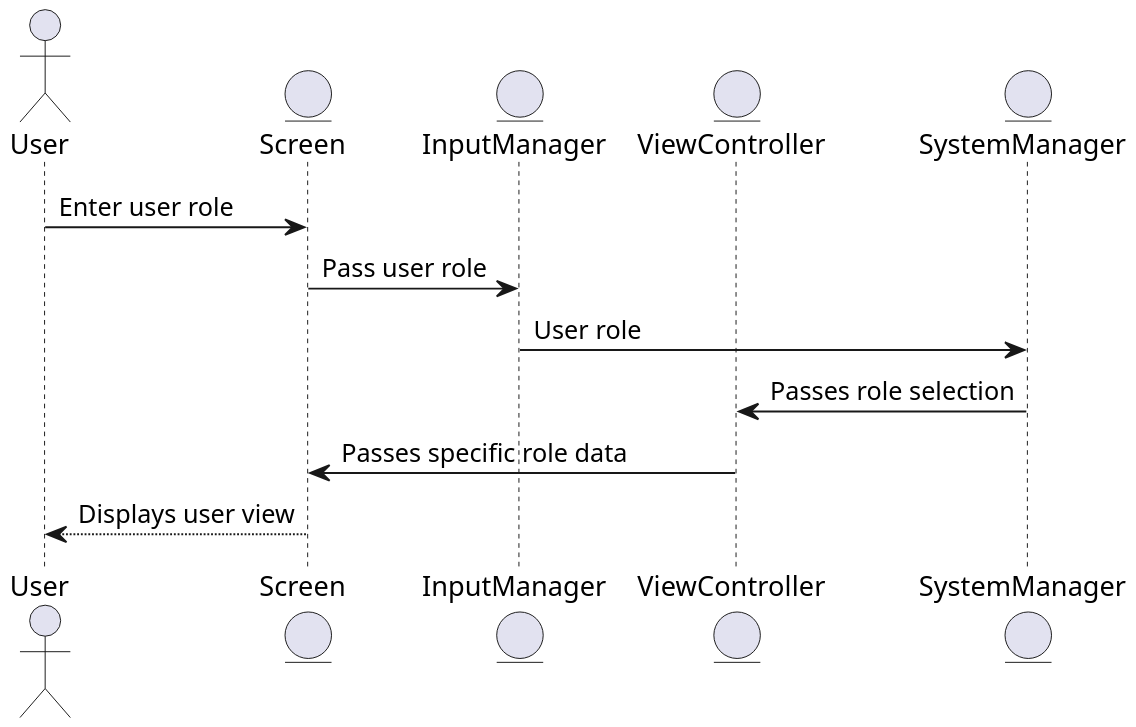
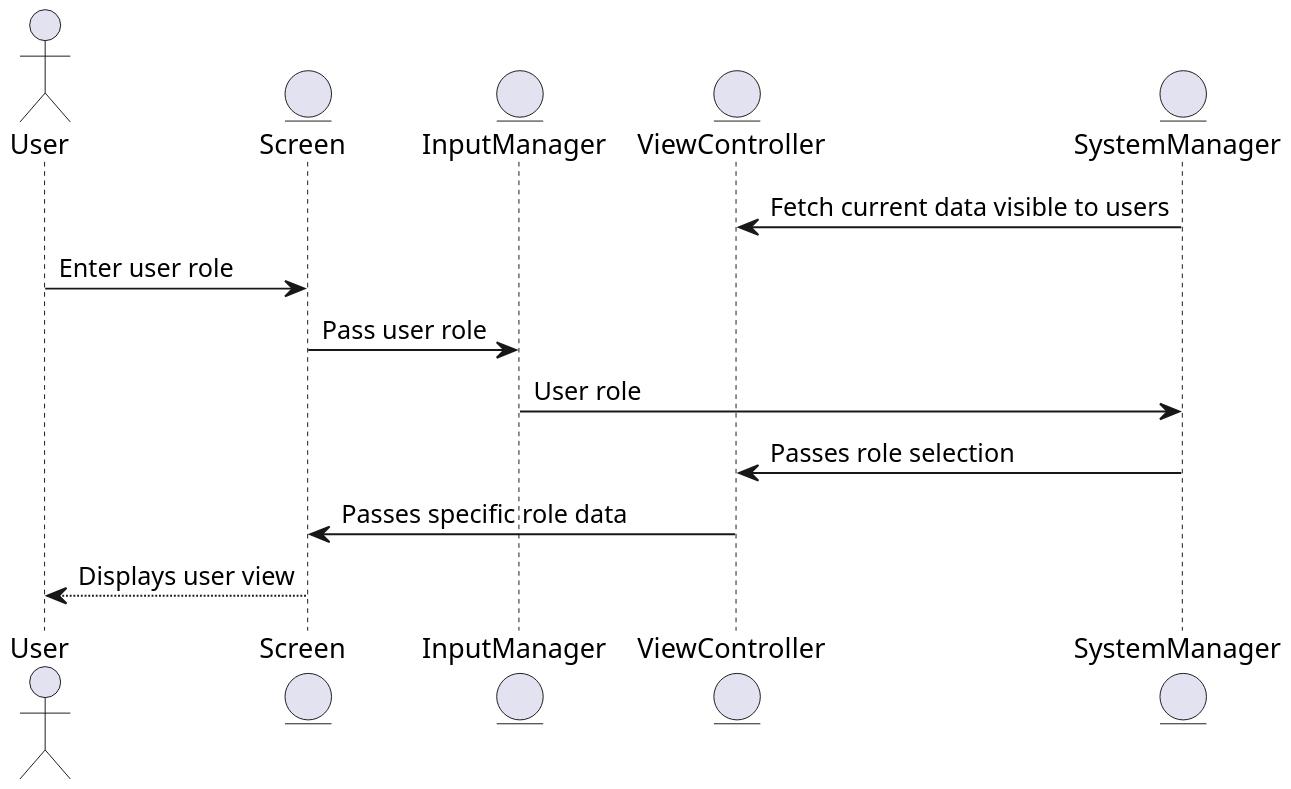
The diagram in docs/design/Sequence Diagrams/UI Sequence Diagrams/view_business_metrics.puml (ur-swe-fa24/main-project-scrum-heads), drawn with PlantUML before and after one commit. The commit also changed 6 other files, not shown here.

```diff
--- a/docs/design/Sequence Diagrams/UI Sequence Diagrams/view_business_metrics.puml
+++ b/docs/design/Sequence Diagrams/UI Sequence Diagrams/view_business_metrics.puml
@@ -1,20 +1,23 @@
 @startuml ViewMetricsSD
 skinparam dpi 200
 skinparam DefaultFontName Inconsolata
 
 ' Defines all participants (actors and entities)
 actor User
 entity Screen
 entity InputManager
 entity ViewController
 entity SystemManager
 
 ' Sequence flow of user selecting role and getting specific display
+' Note: the only thing the user needs to view business metrics
+' is simply have the senior management role, so that is the only input necessary
+SystemManager -> ViewController : Fetch current data visible to users
 User -> Screen : Enter user role
 Screen -> InputManager : Pass user role
 InputManager -> SystemManager : User role
 SystemManager -> ViewController : Passes role selection
 ViewController -> Screen : Passes specific role data
 Screen --> User : Displays user view
 
 @enduml
```
